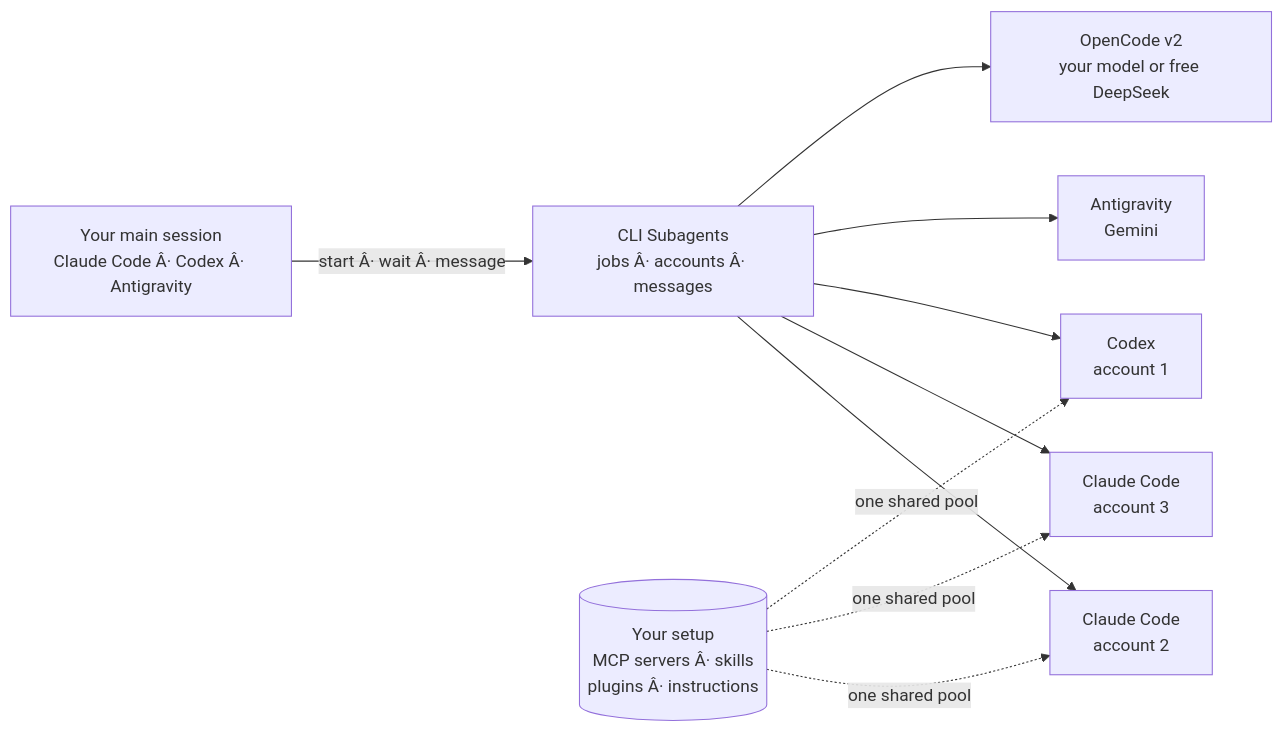
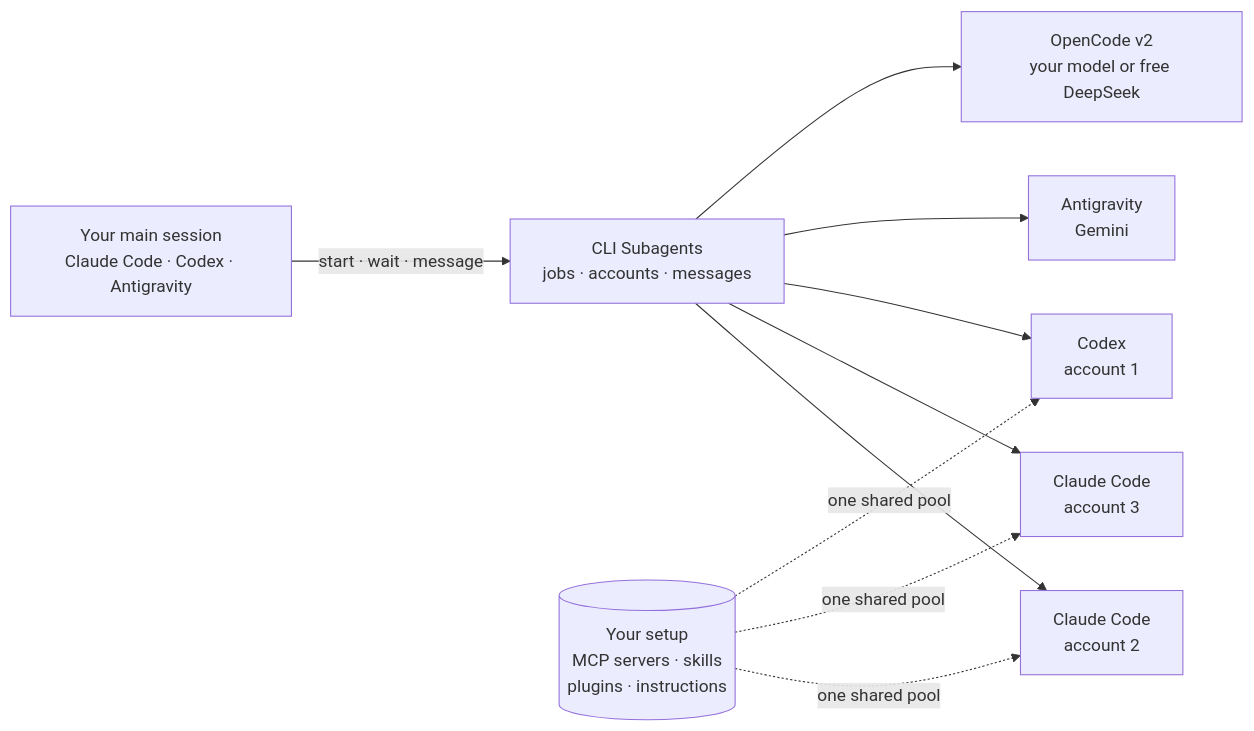
The diagram in README.md (lunati228/CLI-Subagents), drawn with Mermaid before and after one commit. The commit also changed 24 other files, not shown here.

````diff
--- a/README.md
+++ b/README.md
@@ -14,15 +14,15 @@
 ```mermaid
 flowchart LR
-    host["Your main session<br/>Claude Code Â· Codex Â· Antigravity"]
-    core["CLI Subagents<br/>jobs Â· accounts Â· messages"]
-    shared[("Your setup<br/>MCP servers Â· skills<br/>plugins Â· instructions")]
+    host["Your main session<br/>Claude Code · Codex · Antigravity"]
+    core["CLI Subagents<br/>jobs · accounts · messages"]
+    shared[("Your setup<br/>MCP servers · skills<br/>plugins · instructions")]
     w1["Claude Code<br/>account 2"]
     w2["Claude Code<br/>account 3"]
     w3["Codex<br/>account 1"]
     w4["Antigravity<br/>Gemini"]
     w5["OpenCode v2<br/>your model or free DeepSeek"]
 
-    host -- "start Â· wait Â· message" --> core
+    host -- "start · wait · message" --> core
     core --> w1 & w2 & w3 & w4 & w5
     shared -. "one shared pool" .-> w1 & w2 & w3
 ```
````
